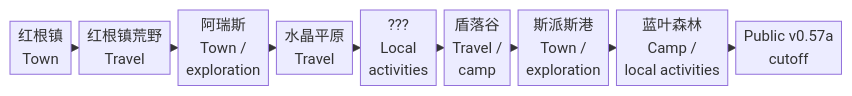
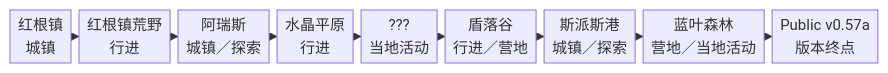
The diagram in _includes/journey-zh.md (yangtaomijian/killigans-treasure-fvn-guide), drawn with Mermaid before and after one commit. The commit also changed other lines of this file and 41 other files, not shown here.

````diff
--- a/_includes/journey-zh.md
+++ b/_includes/journey-zh.md
@@ -7,32 +7,32 @@
 ```mermaid
 %%{init: {"flowchart": {"curve": "linear", "nodeSpacing": 14, "rankSpacing": 8, "padding": 4}, "themeVariables": {"fontSize": "15px"}}}%%
 flowchart LR
-    accTitle: Journey Overview：当前版本旅程
-    accDescr: 只显示地区顺序与活动模式；点击节点回到旅程页。本图到 Public v0.57a 当前截止位置为止。
-    redroot["红根镇<br/>Town"]
-    wilds["红根镇荒野<br/>Travel"]
-    aris["阿瑞斯<br/>Town /<br/>exploration"]
-    plains["水晶平原<br/>Travel"]
-    unknown["???<br/>Local<br/>activities"]
-    vale["盾落谷<br/>Travel /<br/>camp"]
-    spice["斯派斯港<br/>Town /<br/>exploration"]
-    grove["蓝叶森林<br/>Camp /<br/>local activities"]
-    cutoff["Public v0.57a<br/>cutoff"]
+    accTitle: 当前版本旅程
+    accDescr: 按顺序查看各地区及主要活动；点击节点打开对应攻略。
+    redroot["红根镇<br/>城镇"]
+    wilds["红根镇荒野<br/>行进"]
+    aris["阿瑞斯<br/>城镇／探索"]
+    plains["水晶平原<br/>行进"]
+    unknown["???<br/>当地活动"]
+    vale["盾落谷<br/>行进／营地"]
+    spice["斯派斯港<br/>城镇／探索"]
+    grove["蓝叶森林<br/>营地／当地活动"]
+    cutoff["Public v0.57a<br/>版本终点"]
     redroot --> wilds
     wilds --> aris
     aris --> plains
     plains --> unknown
     unknown --> vale
     vale --> spice
     spice --> grove
     grove --> cutoff
-    click redroot href "guide/redroot.html#redroot" "红根镇 Town" _self
-    click wilds href "guide/redroot.html#redroot-wilds" "红根镇荒野 Travel" _self
-    click aris href "guide/aris.html#阿瑞斯aris" "阿瑞斯 Town / exploration" _self
-    click plains href "guide/crystal-plains-shieldfall.html#crystal-plains" "水晶平原 Travel" _self
-    click unknown href "guide/crystal-plains-shieldfall.html#question-mark-sequence" "??? Local activities" _self
-    click vale href "guide/crystal-plains-shieldfall.html#shieldfall-vale" "盾落谷 Travel / camp" _self
-    click spice href "guide/spiceport.html#spiceport-early-excursions" "斯派斯港 Town / exploration" _self
-    click grove href "guide/blueleaf-grove.html#蓝叶森林blueleaf-grove" "蓝叶森林 Camp / local activities" _self
-    click cutoff href "guide/blueleaf-grove.html#public-v0.57a-当前截止位置" "Public v0.57a cutoff" _self
+    click redroot href "guide/redroot.html#redroot" "红根镇 城镇" _self
+    click wilds href "guide/redroot.html#redroot-wilds" "红根镇荒野 行进" _self
+    click aris href "guide/aris.html#阿瑞斯aris" "阿瑞斯 城镇／探索" _self
+    click plains href "guide/crystal-plains-shieldfall.html#crystal-plains" "水晶平原 行进" _self
+    click unknown href "guide/crystal-plains-shieldfall.html#question-mark-sequence" "??? 当地活动" _self
+    click vale href "guide/crystal-plains-shieldfall.html#shieldfall-vale" "盾落谷 行进／营地" _self
+    click spice href "guide/spiceport.html#spiceport-early-excursions" "斯派斯港 城镇／探索" _self
+    click grove href "guide/blueleaf-grove.html#蓝叶森林blueleaf-grove" "蓝叶森林 营地／当地活动" _self
+    click cutoff href "guide/blueleaf-grove.html#public-v0.57a-当前截止位置" "Public v0.57a 版本终点" _self
 ```
````
